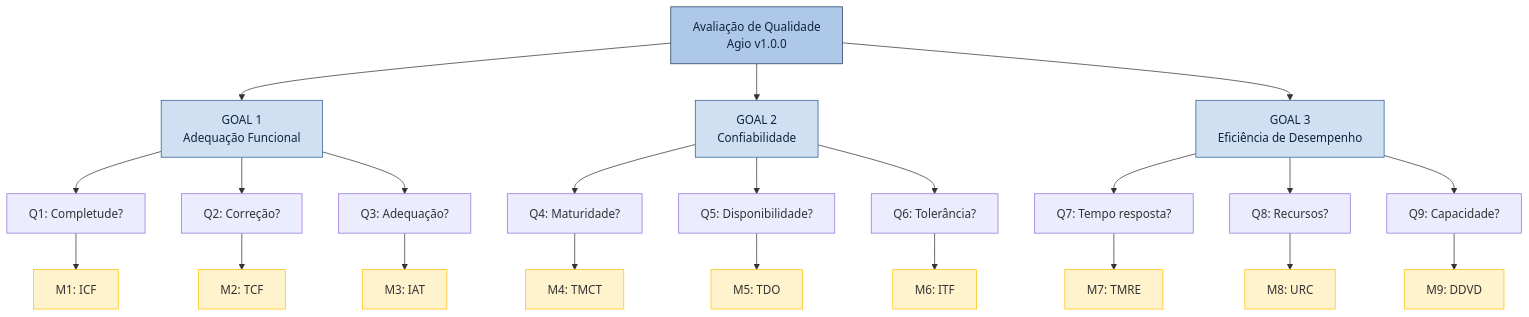
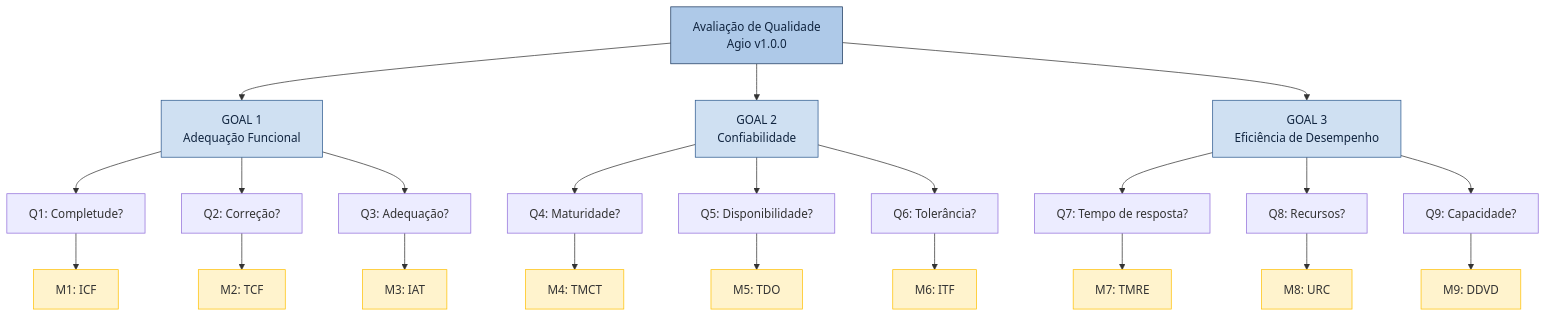
Before and after one commit to FCTE-Qualidade-de-Software-1/2026-1_T01_FRANS_BILAS: the diagram in docs/fase2/resumo_metricas.md, drawn with Mermaid. The commit also changed 2 other files, not shown here.

Commit message:
fix: Revisao dos diagramas(conteudo)

````diff
--- a/docs/fase2/resumo_metricas.md
+++ b/docs/fase2/resumo_metricas.md
@@ -23,43 +23,43 @@
 ```mermaid
 graph TD
     AGIO["Avaliação de Qualidade<br>Agio v1.0.0"]
 
     AGIO --> G1["GOAL 1<br>Adequação Funcional"]
     AGIO --> G2["GOAL 2<br>Confiabilidade"]
     AGIO --> G3["GOAL 3<br>Eficiência de Desempenho"]
 
     G1 --> Q1["Q1: Completude?"]
     G1 --> Q2["Q2: Correção?"]
     G1 --> Q3["Q3: Adequação?"]
     Q1 --> M1["M1: ICF"]
     Q2 --> M2["M2: TCF"]
     Q3 --> M3["M3: IAT"]
 
     G2 --> Q4["Q4: Maturidade?"]
     G2 --> Q5["Q5: Disponibilidade?"]
     G2 --> Q6["Q6: Tolerância?"]
     Q4 --> M4["M4: TMCT"]
     Q5 --> M5["M5: TDO"]
     Q6 --> M6["M6: ITF"]
 
-    G3 --> Q7["Q7: Tempo resposta?"]
+    G3 --> Q7["Q7: Tempo de resposta?"]
     G3 --> Q8["Q8: Recursos?"]
     G3 --> Q9["Q9: Capacidade?"]
     Q7 --> M7["M7: TMRE"]
     Q8 --> M8["M8: URC"]
     Q9 --> M9["M9: DDVD"]
 
     style AGIO fill:#AEC9E8,stroke:#1E3A5F,color:#10243F
     style G1 fill:#CFE0F2,stroke:#2E5A8F,color:#10243F
     style G2 fill:#CFE0F2,stroke:#2E5A8F,color:#10243F
     style G3 fill:#CFE0F2,stroke:#2E5A8F,color:#10243F
     style M1 fill:#fff3cd,stroke:#ffc107
     style M2 fill:#fff3cd,stroke:#ffc107
     style M3 fill:#fff3cd,stroke:#ffc107
     style M4 fill:#fff3cd,stroke:#ffc107
     style M5 fill:#fff3cd,stroke:#ffc107
     style M6 fill:#fff3cd,stroke:#ffc107
     style M7 fill:#fff3cd,stroke:#ffc107
     style M8 fill:#fff3cd,stroke:#ffc107
     style M9 fill:#fff3cd,stroke:#ffc107
 ```
````
